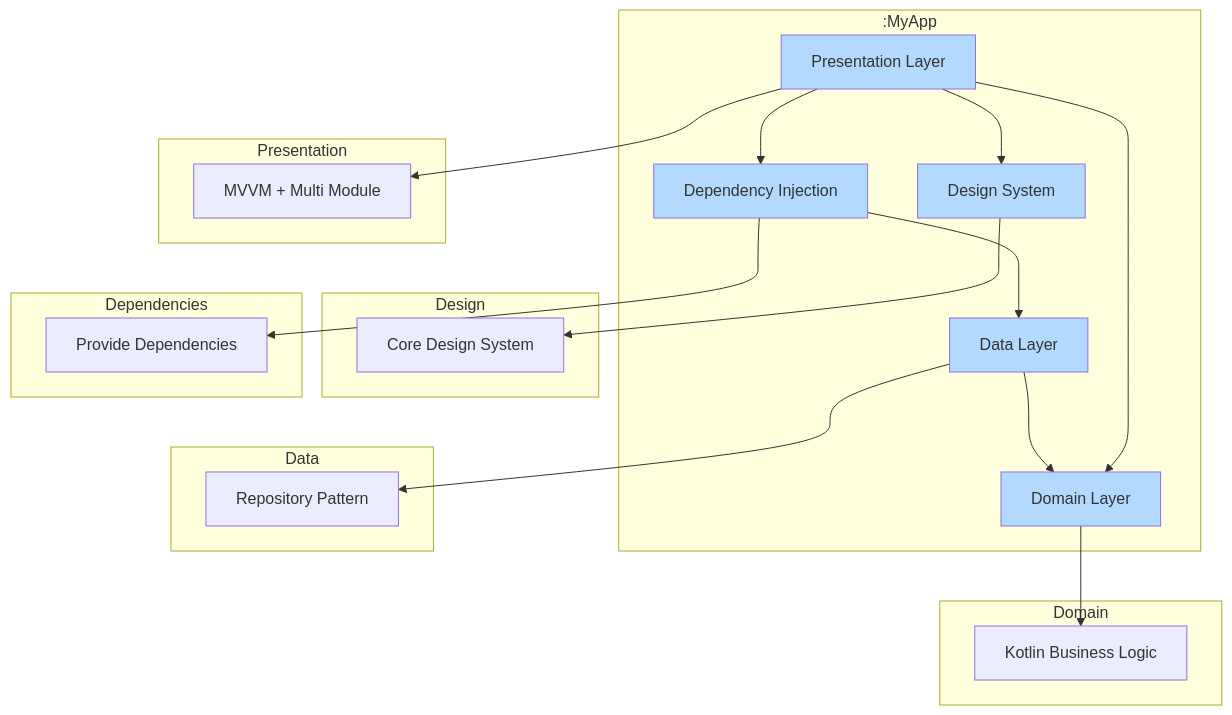
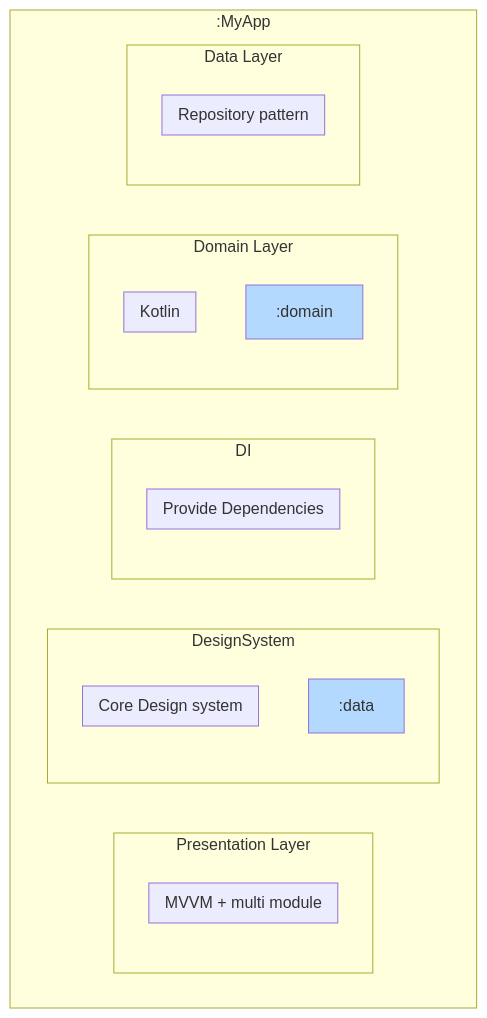
Before and after one commit to nguyenthe0107/tymex: the diagram in README.md, drawn with Mermaid.

Commit message:
update-readme

````diff
--- a/README.md
+++ b/README.md
@@ -79,35 +79,42 @@
 ```mermaid
 graph TD
-subgraph App[:MyApp]
-PL[Presentation Layer]
-DS[Design System]
-DI[Dependency Injection]
-DL[Domain Layer]
-DAL[Data Layer]
-PL --> DS
-PL --> DL
-PL --> DI
-DAL --> DL
-DI --> DAL
-end
-subgraph Presentation
-PL --> MVVM[MVVM + Multi Module]
-end
-subgraph Design
-DS --> Core[Core Design System]
-end
-subgraph Dependencies
-DI --> Hilt[Provide Dependencies]
-end
-subgraph Domain
-DL --> Logic[Kotlin Business Logic]
-end
-subgraph Data
-DAL --> Repo[Repository Pattern]
-end
-style PL fill:#b3d9ff
-style DS fill:#b3d9ff
-style DI fill:#b3d9ff
-style DL fill:#b3d9ff
-style DAL fill:#b3d9ff
+    subgraph Application[:MyApp]
+        subgraph "Presentation Layer"
+            direction TB
+            subgraph "MVVM + multi module"
+            end
+        end
+
+        subgraph "DesignSystem"
+            direction TB
+            DA[":designsystem"]
+            style DA fill:#b3d9ff
+            subgraph "Core Design system"
+            end
+        end
+
+        subgraph "DI"
+            direction TB
+            DA[":Dependencies"]
+            style DA fill:#b3d9ff
+            subgraph "Provide Dependencies"
+            end
+        end
+
+        subgraph "Domain Layer"
+            direction TB
+            D[":domain"]
+            style D fill:#b3d9ff
+            subgraph "Kotlin"
+            end
+        end
+
+        subgraph "Data Layer"
+            direction TB
+            DA[":data"]
+            style DA fill:#b3d9ff
+            subgraph "Repository pattern"
+            end
+        end
+    end
 ```
````
